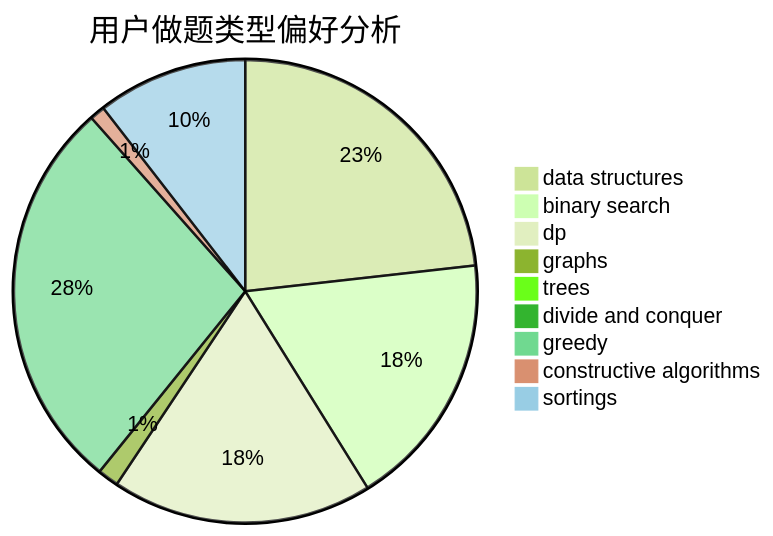
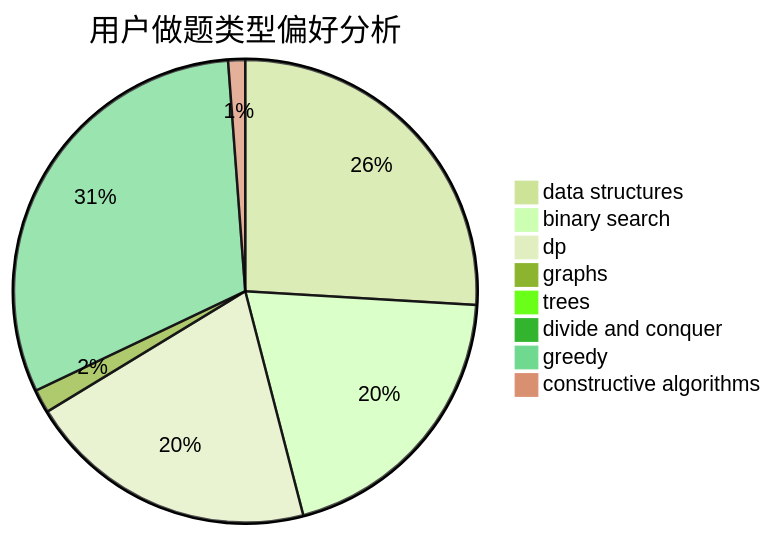
One commit to sherpahu/cfrs.github.io changed the second of 3 diagrams in docs/user/u727.md. Above: the diagram before and after it, drawn with Mermaid (forest theme). The commit also changed other lines of this file and 2769 other files, not shown here.

````diff
--- a/docs/user/u727.md
+++ b/docs/user/u727.md
@@ -18,12 +18,11 @@
 ```mermaid
 pie title 用户做题类型偏好分析
     "data structures" :  569
     "binary search" :  439
     "dp" :  446
     "graphs" :  36
     "trees" :  5
     "divide and conquer" :  0
     "greedy" :  677
     "constructive algorithms" :  26
-    "sortings" :  257
 ```
````
